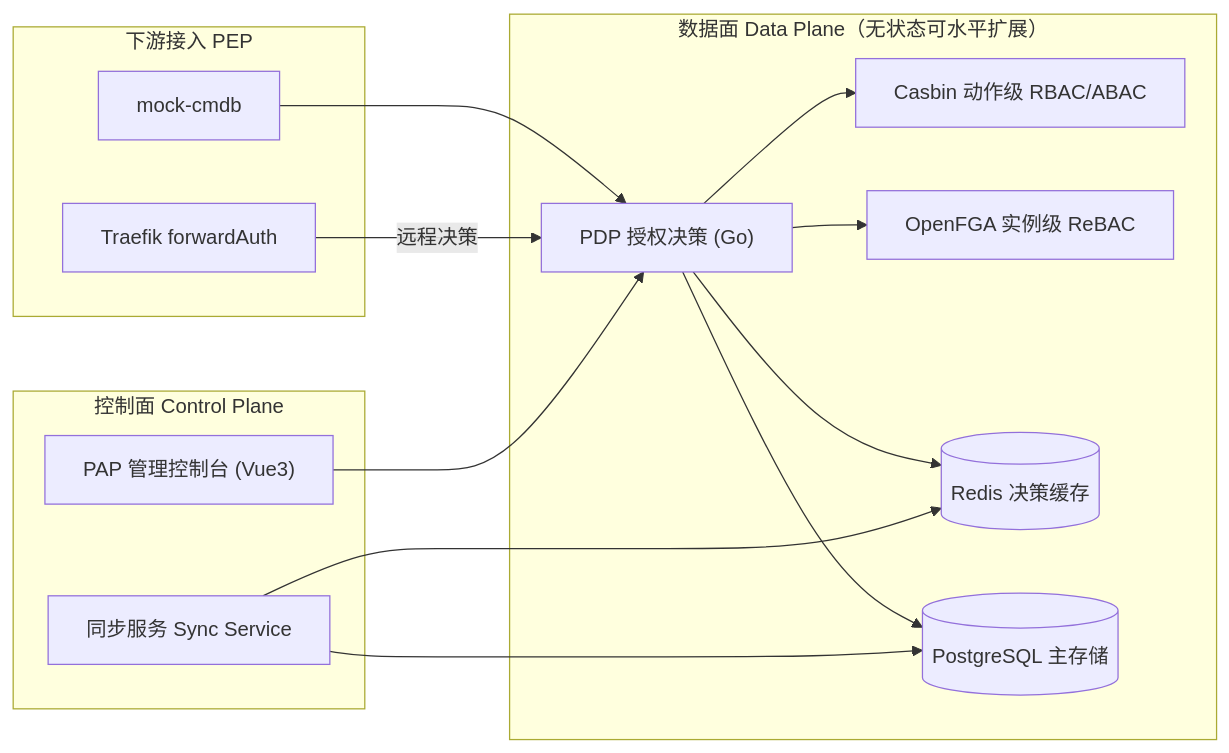
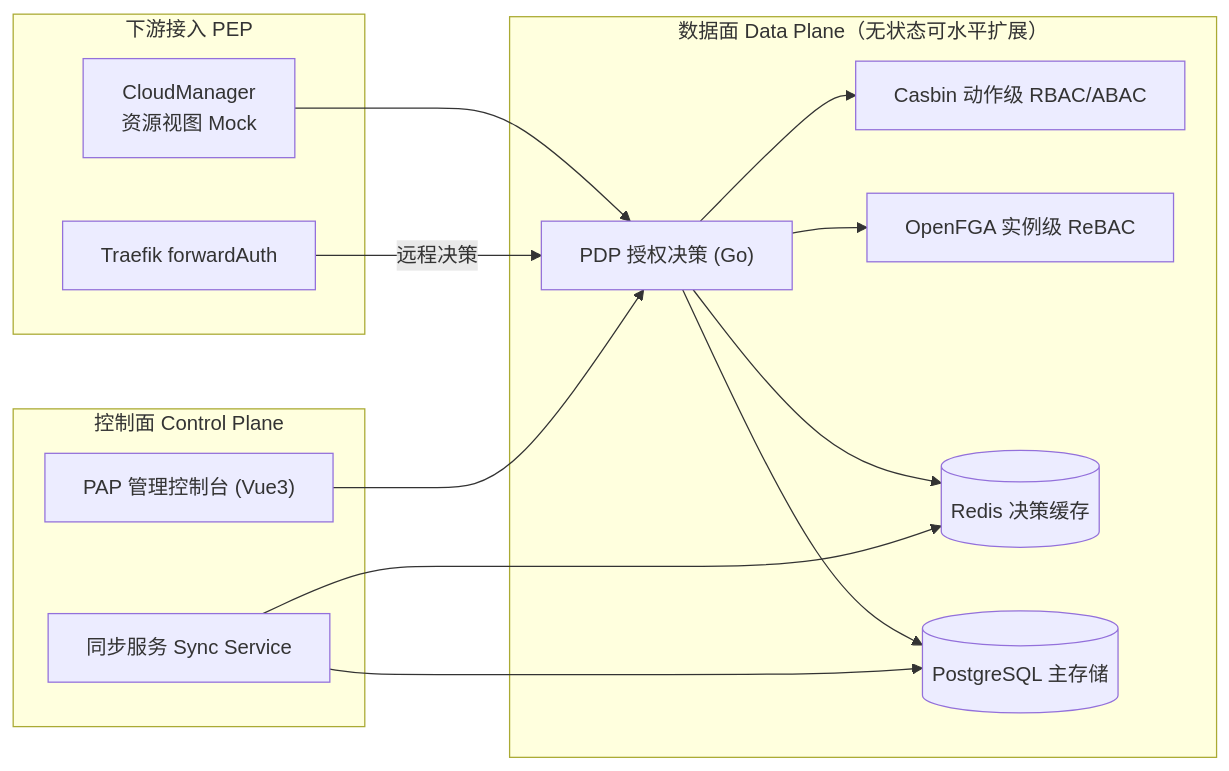
Before and after one commit to Ailexc/devops-platform: the third of 5 diagrams in docs/overall-architecture.md, drawn with Mermaid. The commit also changed other lines of this file and 3 other files, not shown here.

Commit message:
docs(narrative): 跨系统叙事一致性批次A——TaskManager标题正名+遗留命名声明、平台架构图标注修正+数据边界原则、02-CM CMDB定位声明（读写分离口径）、EventManager数据自治句

````diff
--- a/docs/overall-architecture.md
+++ b/docs/overall-architecture.md
@@ -73,28 +73,28 @@
 ```mermaid
 flowchart LR
     subgraph CP["控制面 Control Plane"]
         PAP["PAP 管理控制台 (Vue3)"]
         SYNC["同步服务 Sync Service"]
     end
     subgraph DP["数据面 Data Plane（无状态可水平扩展）"]
         PDP["PDP 授权决策 (Go)"]
         RBAC["Casbin 动作级 RBAC/ABAC"]
         REBAC["OpenFGA 实例级 ReBAC"]
         CACHE[("Redis 决策缓存")]
         PG[("PostgreSQL 主存储")]
     end
     subgraph PEP["下游接入 PEP"]
         GW["Traefik forwardAuth"]
-        CMDB["mock-cmdb"]
+        CMDB["CloudManager<br/>资源视图 Mock"]
     end
 
     PAP --> PDP
     SYNC --> PG
     SYNC --> CACHE
     PDP --> RBAC
     PDP --> REBAC
     PDP --> CACHE
     PDP --> PG
     GW -- 远程决策 --> PDP
     CMDB --> PDP
 ```
````
